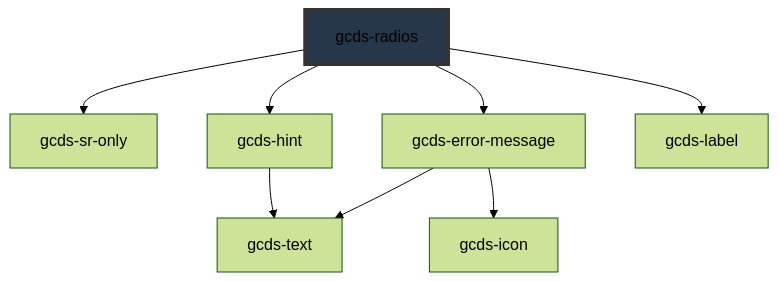
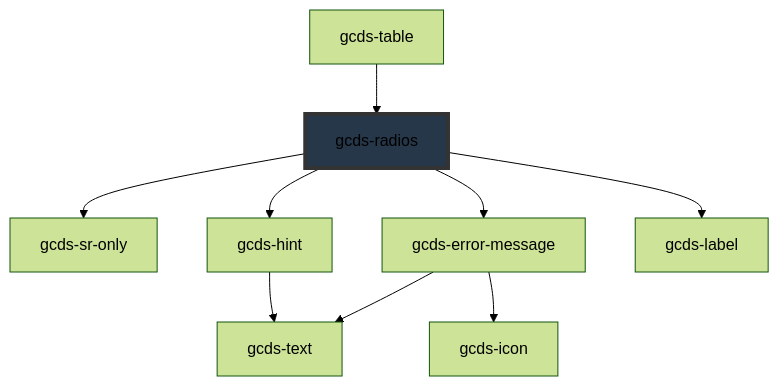
The diagram in packages/web/src/components/gcds-radios/readme.md (cds-snc/gcds-components), drawn with Mermaid (forest theme) before and after one commit. The commit also changed other lines of this file and 9 other files, not shown here.

````diff
--- a/packages/web/src/components/gcds-radios/readme.md
+++ b/packages/web/src/components/gcds-radios/readme.md
@@ -87,11 +91,12 @@
 ```mermaid
 graph TD;
   gcds-radios --> gcds-sr-only
   gcds-radios --> gcds-hint
   gcds-radios --> gcds-error-message
   gcds-radios --> gcds-label
   gcds-hint --> gcds-text
   gcds-error-message --> gcds-text
   gcds-error-message --> gcds-icon
+  gcds-table --> gcds-radios
   style gcds-radios fill:#26374a,stroke:#333,stroke-width:4px
 ```
````
